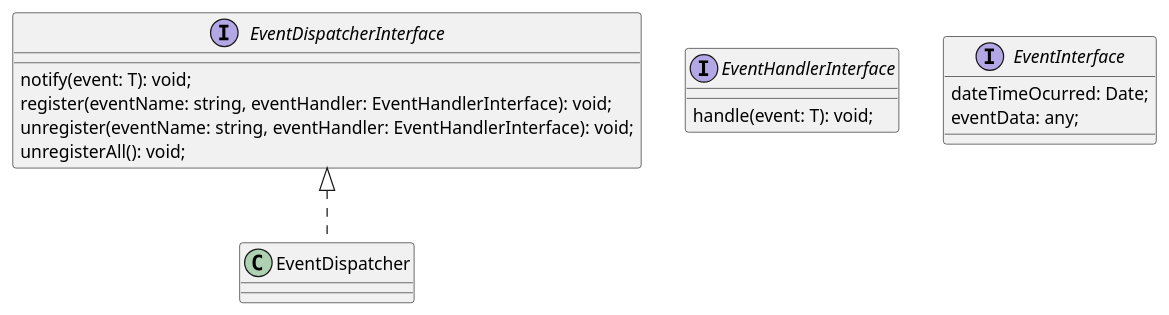
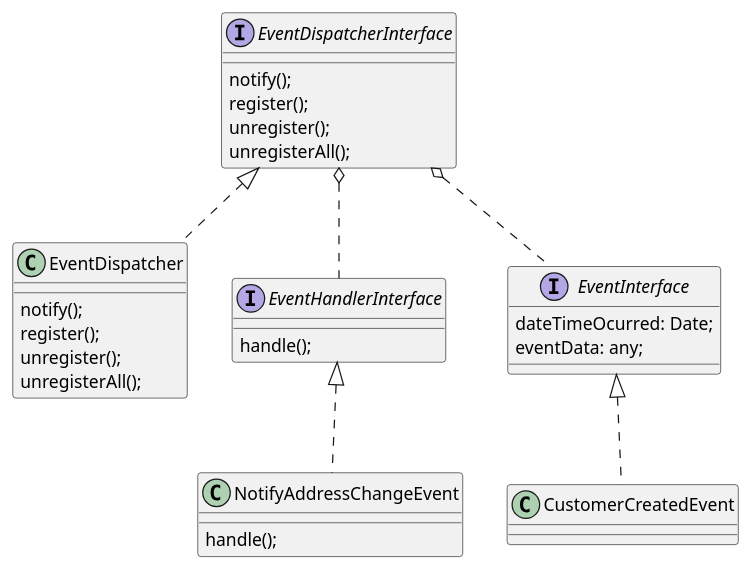
The diagram in src/sequence.plantuml (emartinsmiron/dddconcepts), drawn with PlantUML before and after one commit. The commit also changed 1 other file, not shown here.

Commit message:
alterando diagrama

```diff
--- a/src/sequence.plantuml
+++ b/src/sequence.plantuml
@@ -1,24 +1,45 @@
 @startuml classdiagram
 allow_mixing
 interface EventDispatcherInterface{
-    notify(event: T): void;
-    register(eventName: string, eventHandler: EventHandlerInterface): void;
-    unregister(eventName: string, eventHandler: EventHandlerInterface): void;
-    unregisterAll(): void;
+    notify();
+    register();
+    unregister();
+    unregisterAll();
 }
 
-class EventDispatcher implements EventDispatcherInterface{
-
+class EventDispatcher{
+    notify();
+    register();
+    unregister();
+    unregisterAll();
 }
 
 interface EventHandlerInterface{
-    handle(event: T): void;
+    handle();
 }
+
+class NotifyAddressChangeEvent{
+    handle();
+}
+
 
 interface EventInterface{
     dateTimeOcurred: Date;
     eventData: any;
 }
 
+ class CustomerCreatedEvent{
+
+ }
+
+EventDispatcherInterface <|.. EventDispatcher
+
+EventDispatcherInterface o.. EventInterface
+
+EventDispatcherInterface o.. EventHandlerInterface
+
+EventInterface <|.. CustomerCreatedEvent
+
+EventHandlerInterface <|.. NotifyAddressChangeEvent
 
 @enduml
```
